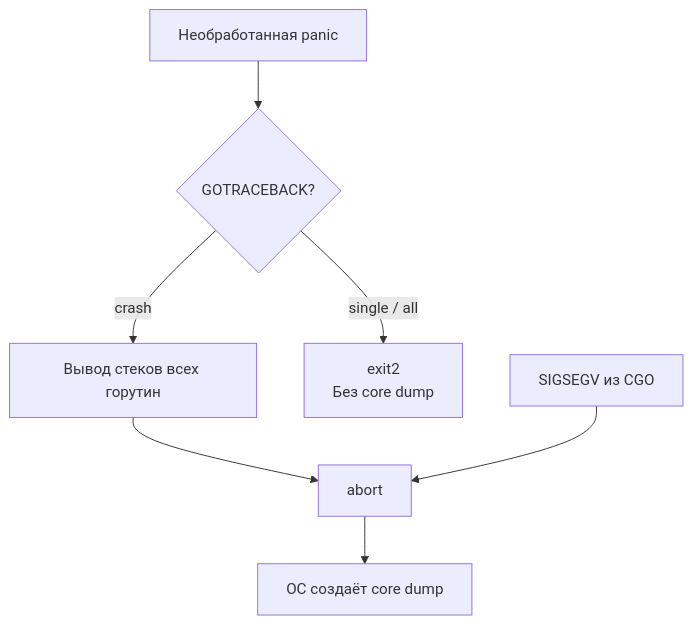
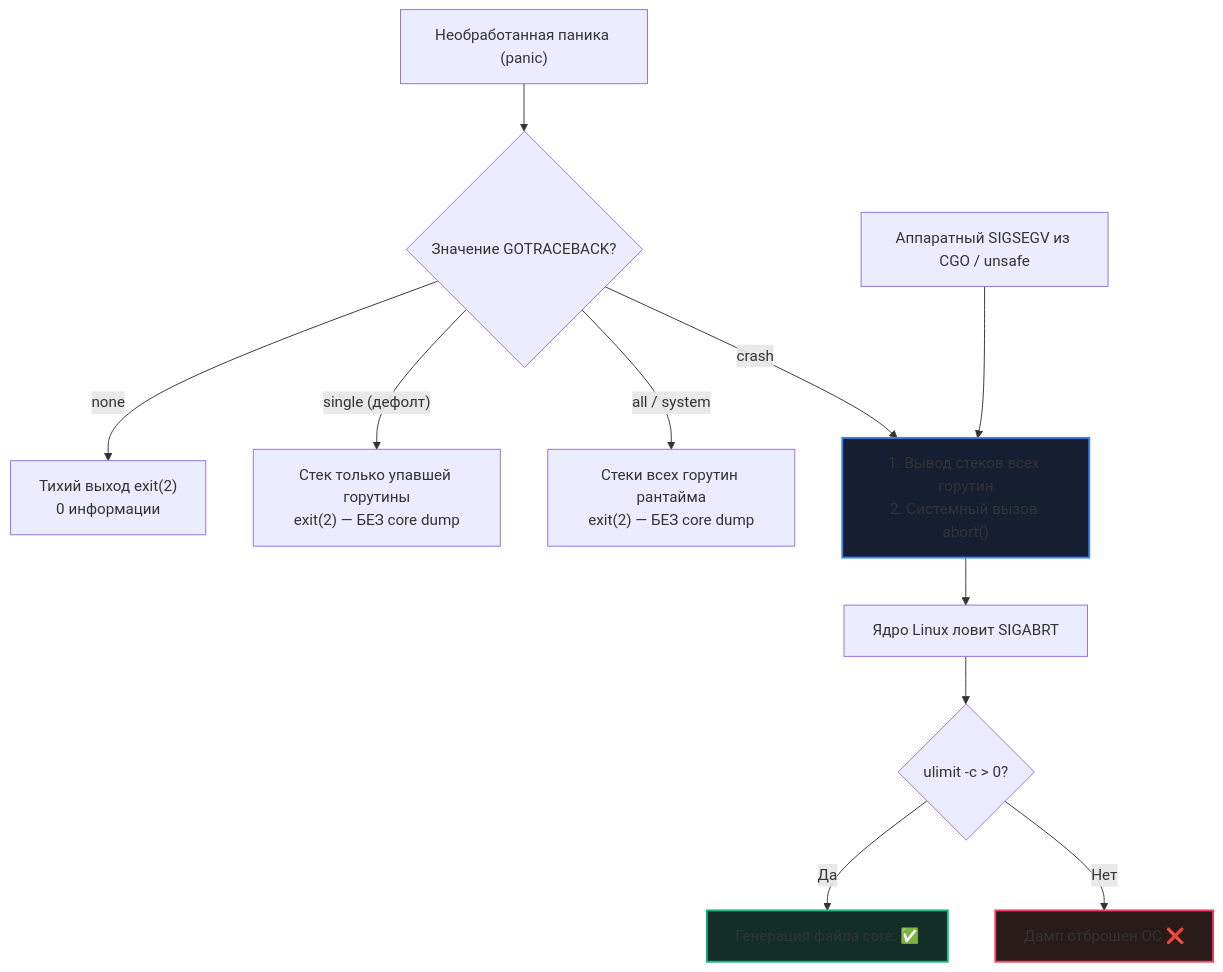
The diagram in sources/16. Профилирование, отладка и производительность/11. Debugging/6. Core dumps.md (UnrealTemplier/go-textbook), drawn with Mermaid before and after one commit. The commit also changed other lines of this file, not shown here.

Commit message:
feat(module-16): editorial rewrite of 11.6 Core dumps in Kernighan style

````diff
--- a/sources/16. Профилирование, отладка и производительность/11. Debugging/6. Core dumps.md
+++ b/sources/16. Профилирование, отладка и производительность/11. Debugging/6. Core dumps.md
@@ -46,9 +45,20 @@
 ```mermaid
 flowchart TD
-    Panic["Необработанная panic"] --> GOTRACEBACK{"GOTRACEBACK?"}
-    GOTRACEBACK -- "crash" --> PrintStacks["Вывод стеков всех горутин"]
-    PrintStacks --> Abort["abort"]
-    Abort --> Core["ОС создаёт core dump"]
-    GOTRACEBACK -- "single / all" --> Exit["exit2<br>Без core dump"]
-    Signal["SIGSEGV из CGO"] --> Abort
+    Panic["Необработанная паника (panic)"] --> Check{"Значение GOTRACEBACK?"}
+    
+    Check -- "none" --> ExitNone["Тихий выход exit(2)<br>0 информации"]
+    Check -- "single (дефолт)" --> ExitSingle["Стек только упавшей горутины<br>exit(2) — БЕЗ core dump"]
+    Check -- "all / system" --> ExitAll["Стеки всех горутин рантайма<br>exit(2) — БЕЗ core dump"]
+    Check -- "crash" --> ActionCrash["1. Вывод стеков всех горутин<br>2. Системный вызов abort()"]
+    
+    ActionCrash --> Kernel["Ядро Linux ловит SIGABRT"]
+    Kernel --> CheckUlimit{"ulimit -c > 0?"}
+    CheckUlimit -- "Да" --> DumpFile["Генерация файла core.<pid> ✅"]
+    CheckUlimit -- "Нет" --> Drop["Дамп отброшен ОС ❌"]
+    
+    CGO["Аппаратный SIGSEGV из CGO / unsafe"] --> ActionCrash
+    
+    style ActionCrash fill:#161e31,stroke:#3b82f6,stroke-width:2px
+    style DumpFile fill:#132d29,stroke:#10b981,stroke-width:2px
+    style Drop fill:#2a1b1b,stroke:#f43f5e,stroke-width:2px
 ```
````
